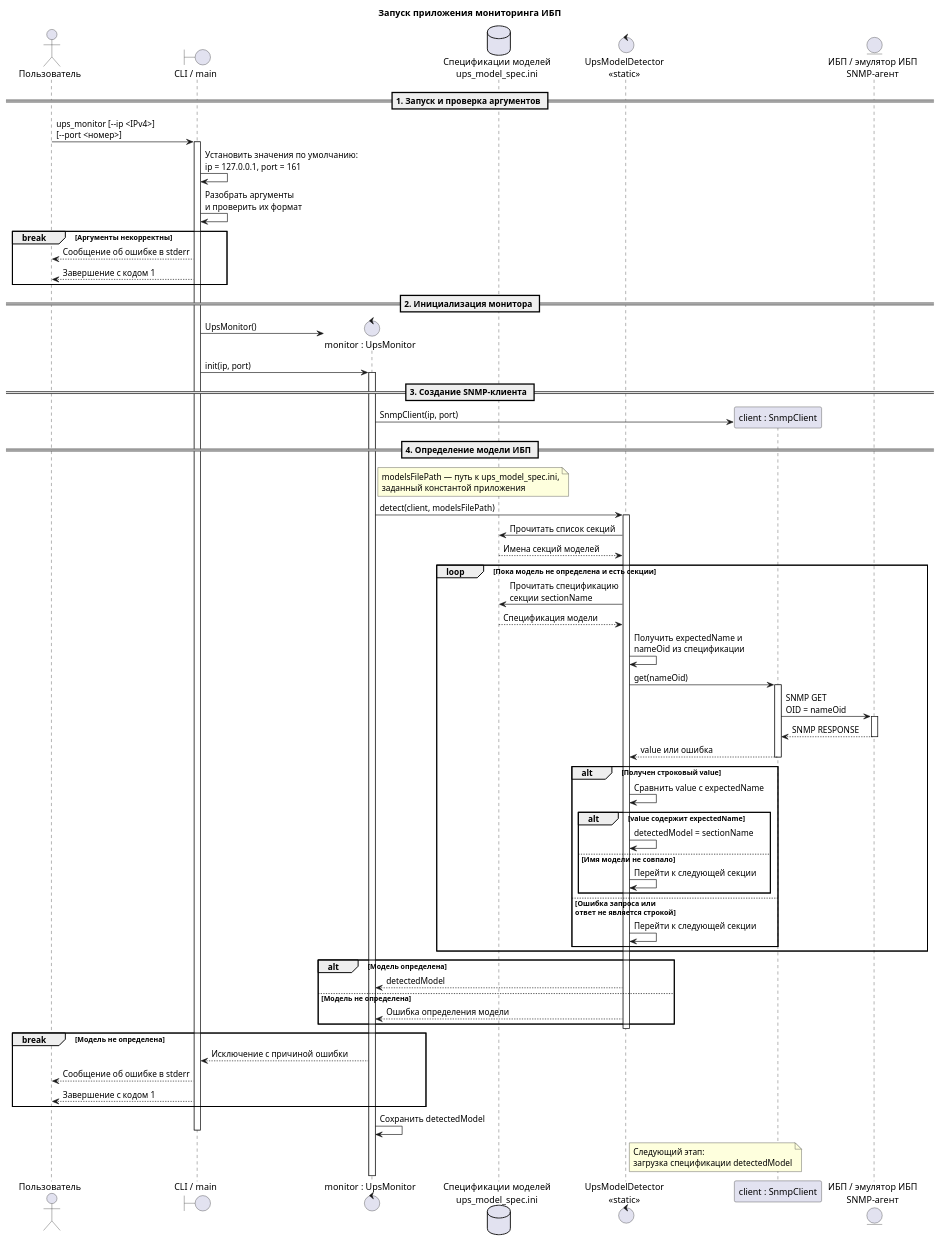
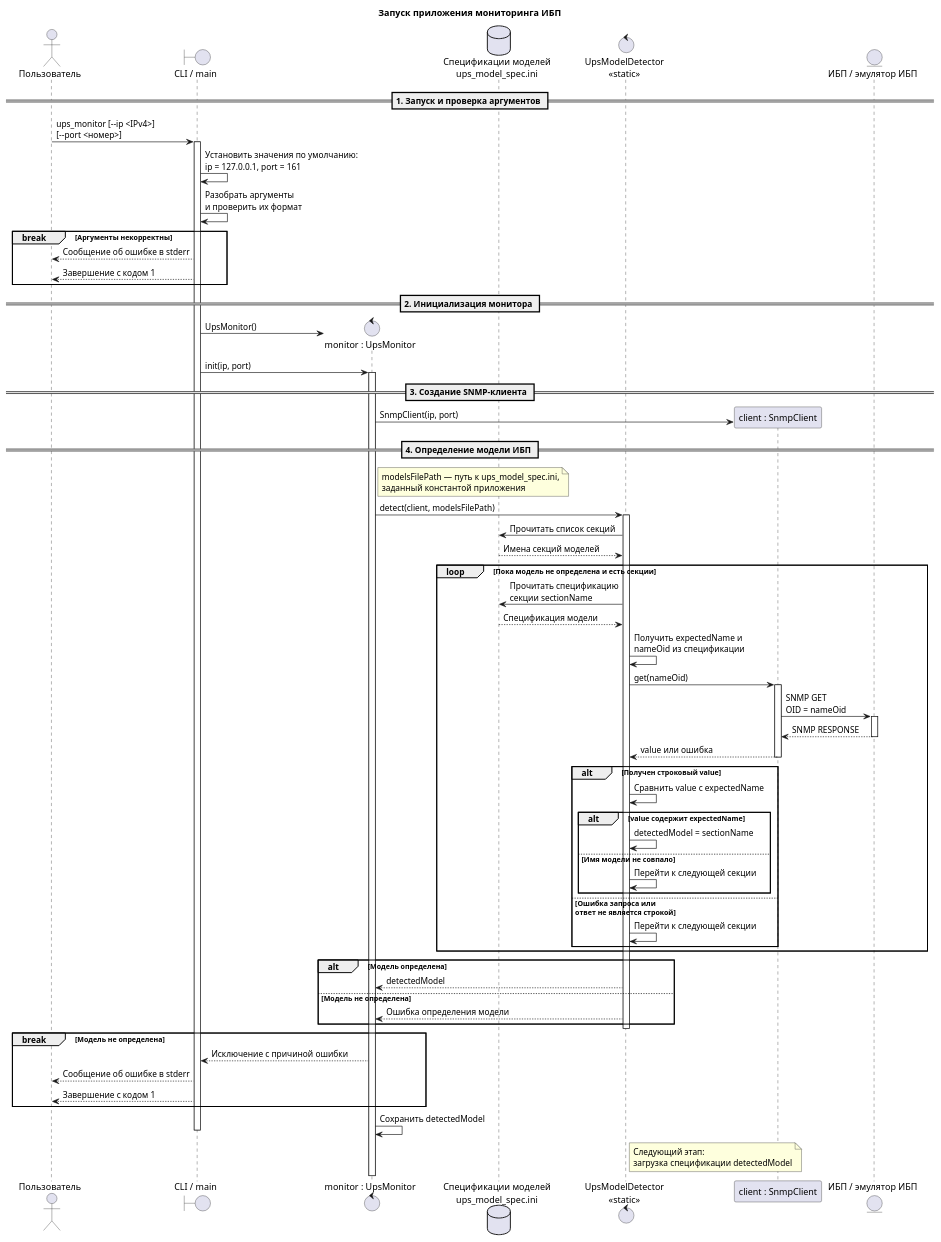
Before and after one commit to dvbgmdev-otus/ups_monitor: the diagram in docs/technical_specification/sequence_diagram.puml, drawn with PlantUML.

Commit message:
docs(ups): уточнена подпись ИБП

```diff
--- a/docs/technical_specification/sequence_diagram.puml
+++ b/docs/technical_specification/sequence_diagram.puml
@@ -1,95 +1,95 @@
 @startuml ups_monitor_sequence
 title Запуск приложения мониторинга ИБП
 
 actor "Пользователь" as User
 boundary "CLI / main" as CLI
 
 == 1. Запуск и проверка аргументов ==
 
 User -> CLI: ups_monitor [~--ip <IPv4>]\n[~--port <номер>]
 activate CLI
 
 CLI -> CLI: Установить значения по умолчанию:\nip = 127.0.0.1, port = 161
 CLI -> CLI: Разобрать аргументы\nи проверить их формат
 
 break Аргументы некорректны
     CLI --> User: Сообщение об ошибке в stderr
     CLI --> User: Завершение с кодом 1
 end
 
 == 2. Инициализация монитора ==
 
 create control "monitor : UpsMonitor" as Monitor
 CLI -> Monitor: UpsMonitor()
 CLI -> Monitor: init(ip, port)
 activate Monitor
 
 database "Спецификации моделей\nups_model_spec.ini" as ModelsDb
 control "UpsModelDetector\n<<static>>" as Detector
 
 == 3. Создание SNMP-клиента ==
 
 create participant "client : SnmpClient" as Snmp
 Monitor -> Snmp: SnmpClient(ip, port)
-entity "ИБП / эмулятор ИБП\nSNMP-агент" as Ups
+entity "ИБП / эмулятор ИБП" as Ups
 
 == 4. Определение модели ИБП ==
 
 note right of Monitor
     modelsFilePath — путь к ups_model_spec.ini,
     заданный константой приложения
 end note
 
 Monitor -> Detector: detect(client, modelsFilePath)
 activate Detector
 Detector -> ModelsDb: Прочитать список секций
 ModelsDb --> Detector: Имена секций моделей
 
 loop Пока модель не определена и есть секции
     Detector -> ModelsDb: Прочитать спецификацию\nсекции sectionName
     ModelsDb --> Detector: Спецификация модели
     Detector -> Detector: Получить expectedName и\nnameOid из спецификации
     Detector -> Snmp: get(nameOid)
     activate Snmp
     Snmp -> Ups: SNMP GET\nOID = nameOid
     activate Ups
     Ups --> Snmp: SNMP RESPONSE
     deactivate Ups
     Snmp --> Detector: value или ошибка
     deactivate Snmp
 
     alt Получен строковый value
         Detector -> Detector: Сравнить value с expectedName
 
         alt value содержит expectedName
             Detector -> Detector: detectedModel = sectionName
         else Имя модели не совпало
             Detector -> Detector: Перейти к следующей секции
         end
     else Ошибка запроса или\nответ не является строкой
         Detector -> Detector: Перейти к следующей секции
     end
 end
 
 alt Модель определена
     Detector --> Monitor: detectedModel
 else Модель не определена
     Detector --> Monitor: Ошибка определения модели
 end
 deactivate Detector
 
 break Модель не определена
     Monitor --> CLI: Исключение с причиной ошибки
     CLI --> User: Сообщение об ошибке в stderr
     CLI --> User: Завершение с кодом 1
 end
 
 Monitor -> Monitor: Сохранить detectedModel
 
 note right of Detector
     Следующий этап:
     загрузка спецификации detectedModel
 end note
 
 deactivate CLI
 @enduml
```
